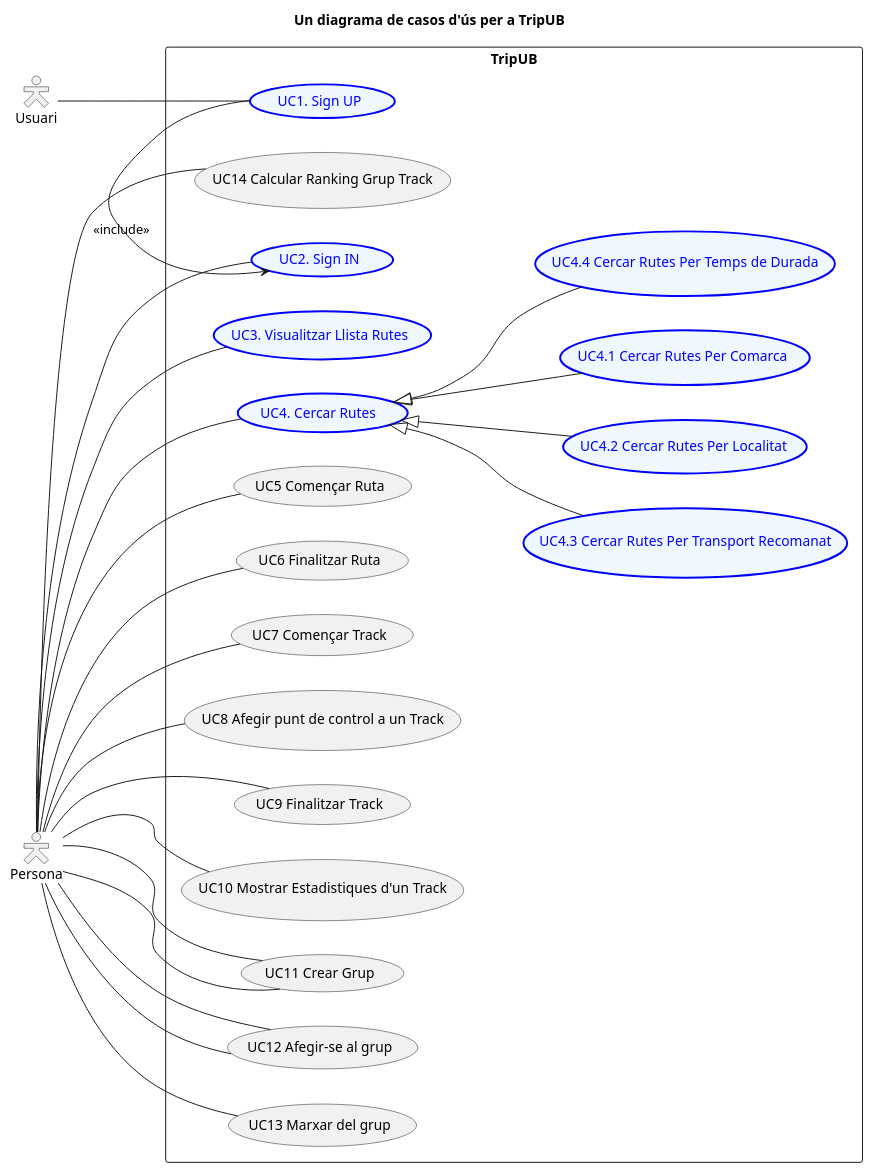
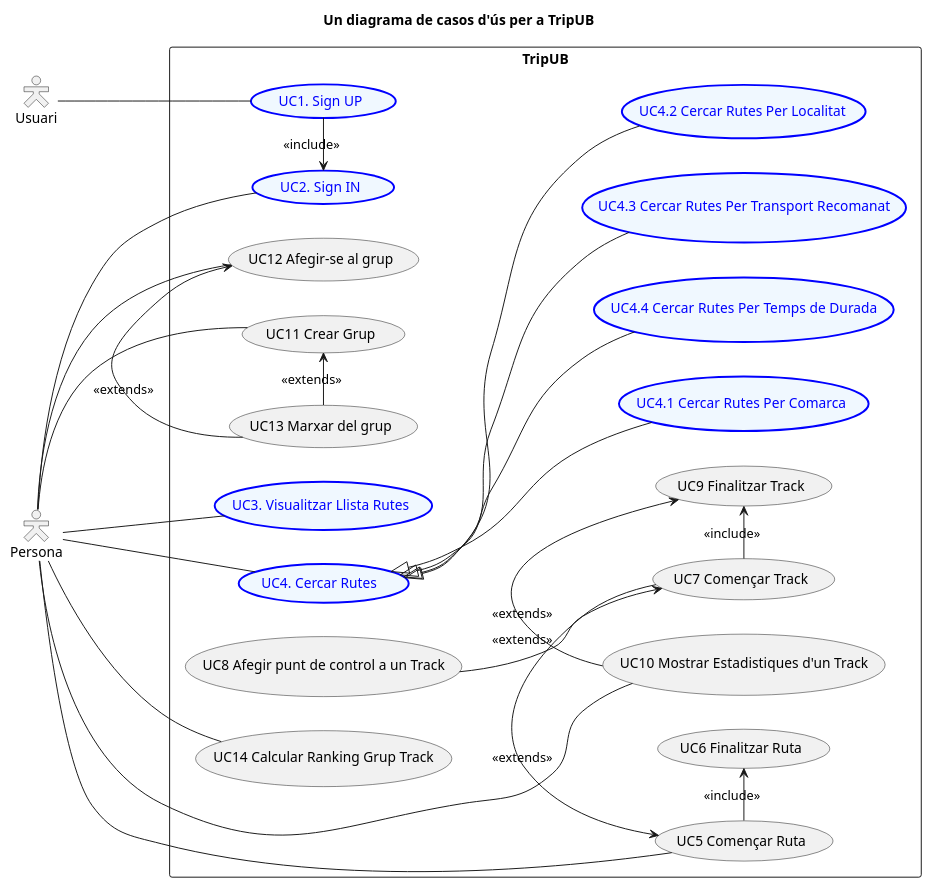
One commit to Samot2003/p3-tripu-dao-a12_reava changed the diagram in doc/TripUB-DCU-Basic.puml. Above: the diagram before and after it, drawn with PlantUML.

Commit message:
He modificat el DCU

```diff
--- a/doc/TripUB-DCU-Basic.puml
+++ b/doc/TripUB-DCU-Basic.puml
@@ -1,68 +1,68 @@
 @startuml
 left to right direction
 skinparam packageStyle rect 
 skinparam actorStyle Hollow
 
 title Un diagrama de casos d'ús per a TripUB
 
 actor Usuari as usuari
 actor Persona as persona
 
 rectangle TripUB {
 
 usecase (UC1. Sign UP)  as UC1 #aliceblue;line:blue;line.bold;text:blue
 usecase (UC2. Sign IN) as UC2  #aliceblue;line:blue;line.bold;text:blue
 usecase (UC3. Visualitzar Llista Rutes) as UC3  #aliceblue;line:blue;line.bold;text:blue
 usecase (UC4. Cercar Rutes ) as UC4#aliceblue;line:blue;line.bold;text:blue
 usecase (UC4.3 Cercar Rutes Per Transport Recomanat) as UC43#aliceblue;line:blue;line.bold;text:blue
 usecase (UC4.2 Cercar Rutes Per Localitat) as UC42 #aliceblue;line:blue;line.bold;text:blue
 usecase (UC4.1 Cercar Rutes Per Comarca ) as UC41 #aliceblue;line:blue;line.bold;text:blue
 usecase (UC4.4 Cercar Rutes Per Temps de Durada) as UC44#aliceblue;line:blue;line.bold;text:blue
 usecase (UC5 Començar Ruta) as UC5
 usecase (UC6 Finalitzar Ruta) as UC6
 usecase (UC7 Començar Track) as UC7
 usecase (UC8 Afegir punt de control a un Track) as UC8
 usecase (UC9 Finalitzar Track) as UC9
 usecase (UC10 Mostrar Estadistiques d'un Track) as UC10
 usecase (UC11 Crear Grup) as UC11
 usecase (UC12 Afegir-se al grup) as UC12
 usecase (UC13 Marxar del grup) as UC13
 usecase (UC14 Calcular Ranking Grup Track) as UC14
 
 
 
 
 persona -- UC2
 
 
 UC1 -> UC2 : <<include>>
-
+UC7 -> UC5 : <<extends>>
+UC5 -> UC6 : <<include>>
+UC7 -> UC9 : <<include>>
+UC8 --> UC7 : <<extends>>
+UC10 -> UC9 : <<extends>>
+UC13 -> UC12 : <<extends>>
+UC13 -> UC11 : <<extends>>
 
 UC4 <|-- UC41
 UC4 <|-- UC42
 UC4 <|-- UC43
 UC4 <|-- UC44
 
 persona -- UC4
 persona -- UC3
-persona -- UC11
-persona -- UC12
 persona -- UC5
-persona -- UC6
-persona -- UC7
-persona -- UC8
-persona -- UC9
+
 persona -- UC10
 persona -- UC11
 persona -- UC12
-persona -- UC13
 persona -- UC14
 
 
 
 
 
 
 usuari -- UC1
 }
 @enduml
```
